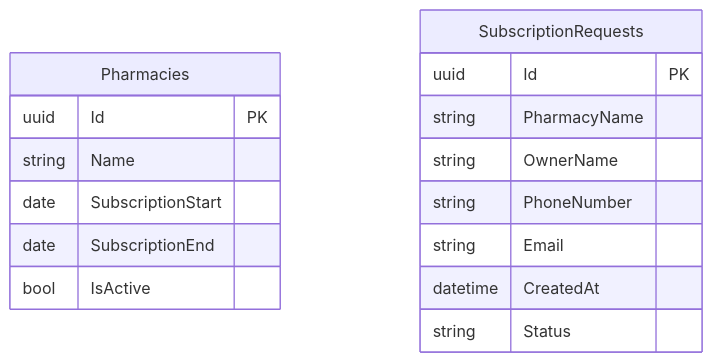
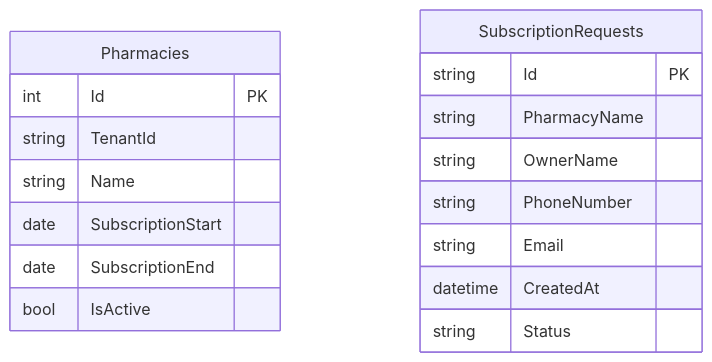
Before and after one commit to MKFarag/PharmaSaaS: the first of 2 diagrams in README.md, drawn with Mermaid. The commit also changed other lines of this file and 34 other files, not shown here.

````diff
--- a/README.md
+++ b/README.md
@@ -250,19 +246,20 @@
 ```mermaid
 erDiagram
     Pharmacies {
-        uuid Id PK
+        int Id PK
+        string TenantId
         string Name
         date SubscriptionStart
         date SubscriptionEnd
         bool IsActive
     }
     SubscriptionRequests {
-        uuid Id PK
+        string Id PK
         string PharmacyName
         string OwnerName
         string PhoneNumber
         string Email
         datetime CreatedAt
         string Status
     }
 ```
````
